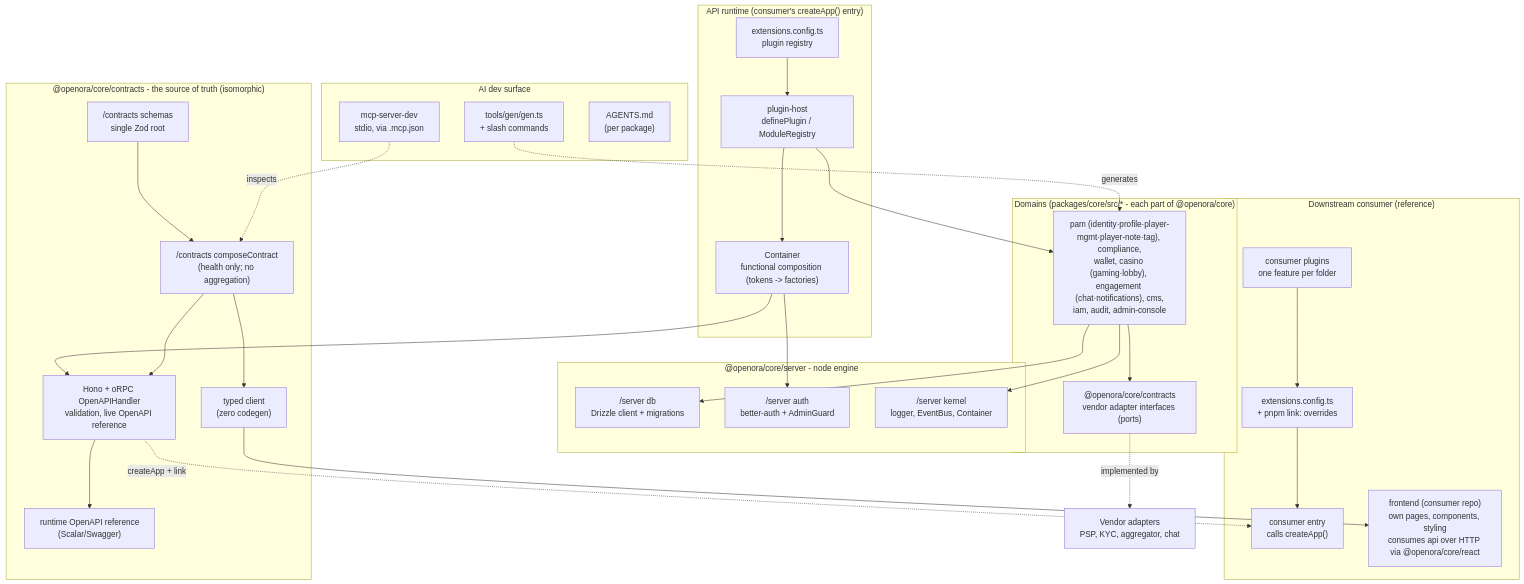
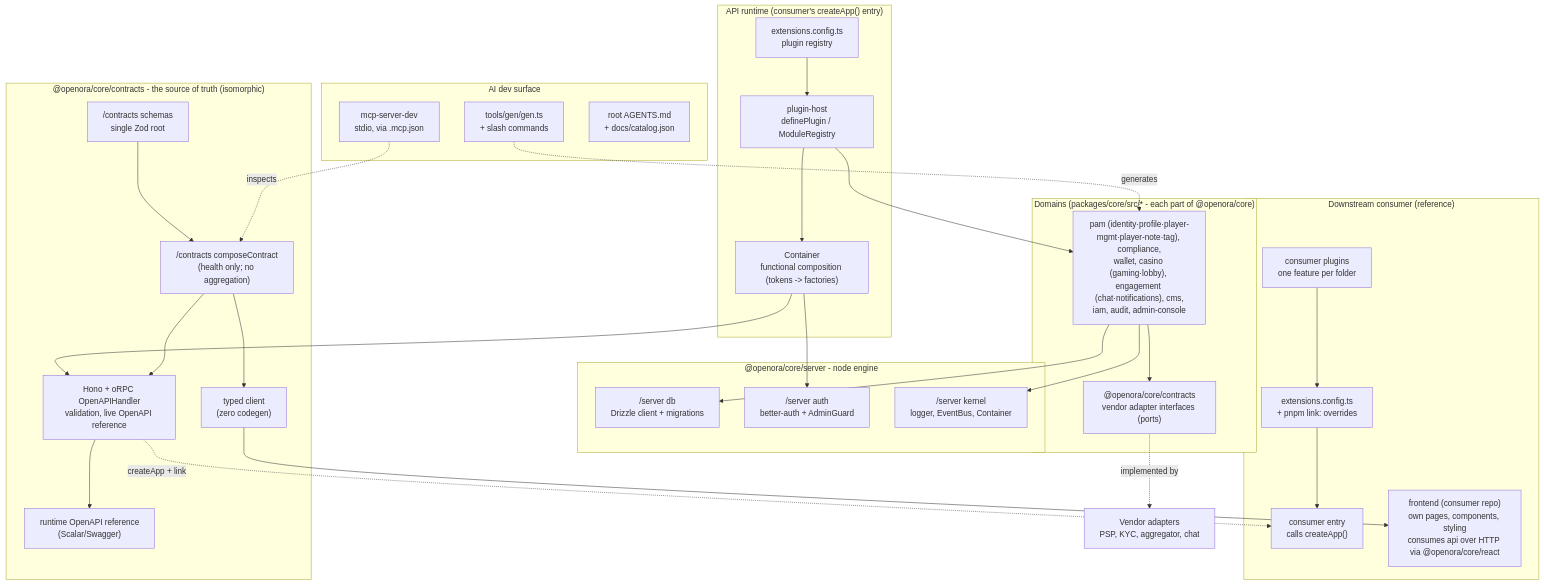
Before and after one commit to blurifycom/openora: the first of 2 diagrams in docs/architecture.md, drawn with Mermaid. The commit also changed other lines of this file and 64 other files, not shown here.

````diff
--- a/docs/architecture.md
+++ b/docs/architecture.md
@@ -20,62 +20,62 @@
 ```mermaid
 flowchart TB
   subgraph contracts["@openora/core/contracts - the source of truth (isomorphic)"]
     zod["/contracts schemas<br/>single Zod root"]
     orpc["/contracts composeContract<br/>(health only; no aggregation)"]
     openapi["runtime OpenAPI reference<br/>(Scalar/Swagger)"]
     client["typed client<br/>(zero codegen)"]
     zod --> orpc
     hono --> openapi
     orpc --> client
   end
 
   subgraph runtime["API runtime (consumer's createApp() entry)"]
     cfg["extensions.config.ts<br/>plugin registry"]
     host["plugin-host<br/>definePlugin / ModuleRegistry"]
     container["Container<br/>functional composition (tokens -> factories)"]
     hono["Hono + oRPC OpenAPIHandler<br/>validation, live OpenAPI reference"]
     cfg --> host
     host --> container
     container --> hono
     orpc --> hono
   end
 
   subgraph platform["@openora/core/server - node engine"]
     db["/server db<br/>Drizzle client + migrations"]
     auth["/server auth<br/>better-auth + AdminGuard"]
     core["/server kernel<br/>logger, EventBus, Container"]
   end
 
   subgraph modules["Domains (packages/core/src/* - each part of @openora/core)"]
     mod["pam (identity·profile·player-mgmt·player-note·tag), compliance,<br/>wallet, casino (gaming·lobby), engagement (chat·notifications), cms,<br/>iam, audit, admin-console"]
     adapters["@openora/core/contracts<br/>vendor adapter interfaces (ports)"]
     mod --> adapters
   end
 
   vendor["Vendor adapters<br/>PSP, KYC, aggregator, chat"]
 
   host --> mod
   container --> auth
   mod --> db
   mod --> core
   adapters -. implemented by .-> vendor
 
   subgraph consumer["Downstream consumer (reference)"]
     bapi["consumer entry<br/>calls createApp()"]
     bfront["frontend (consumer repo)<br/>own pages, components, styling<br/>consumes api over HTTP via @openora/core/react"]
     bplug["consumer plugins<br/>one feature per folder"]
     bcfg["extensions.config.ts<br/>+ pnpm link: overrides"]
     bplug --> bcfg
     bcfg --> bapi
   end
   hono -. createApp + link .-> bapi
   client --> bfront
 
   subgraph ai["AI dev surface"]
     mcp["mcp-server-dev<br/>stdio, via .mcp.json"]
     scaffold["tools/gen/gen.ts<br/>+ slash commands"]
-    agentsmd["AGENTS.md<br/>(per package)"]
+    agentsmd["root AGENTS.md<br/>+ docs/catalog.json"]
   end
   mcp -. inspects .-> orpc
   scaffold -. generates .-> mod
 ```
````
